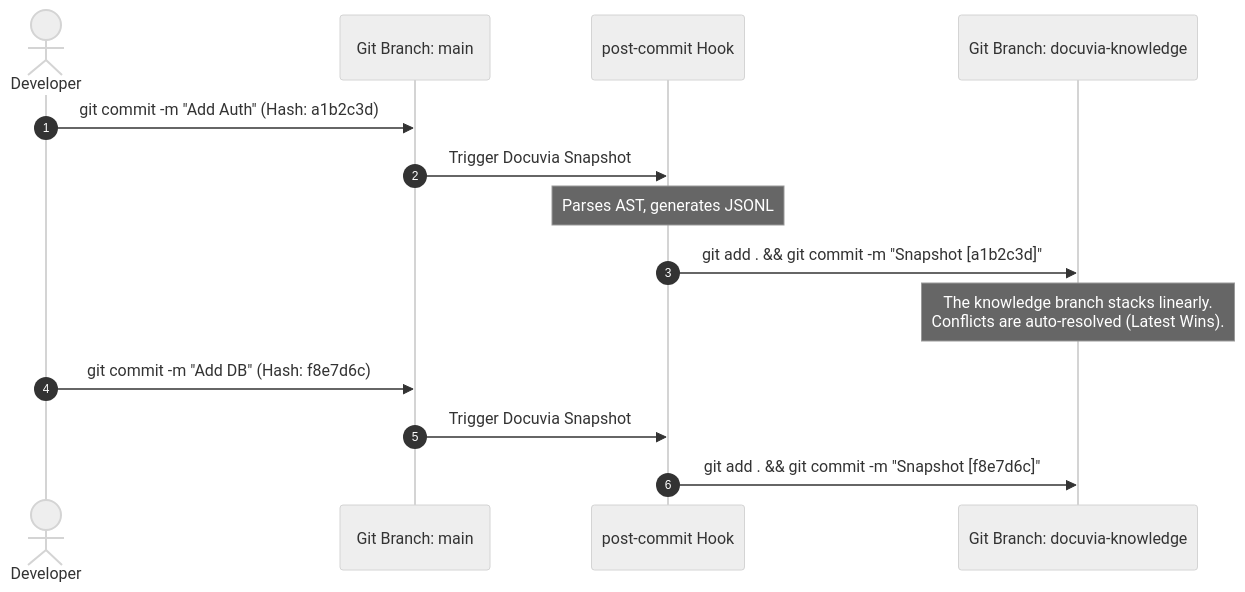
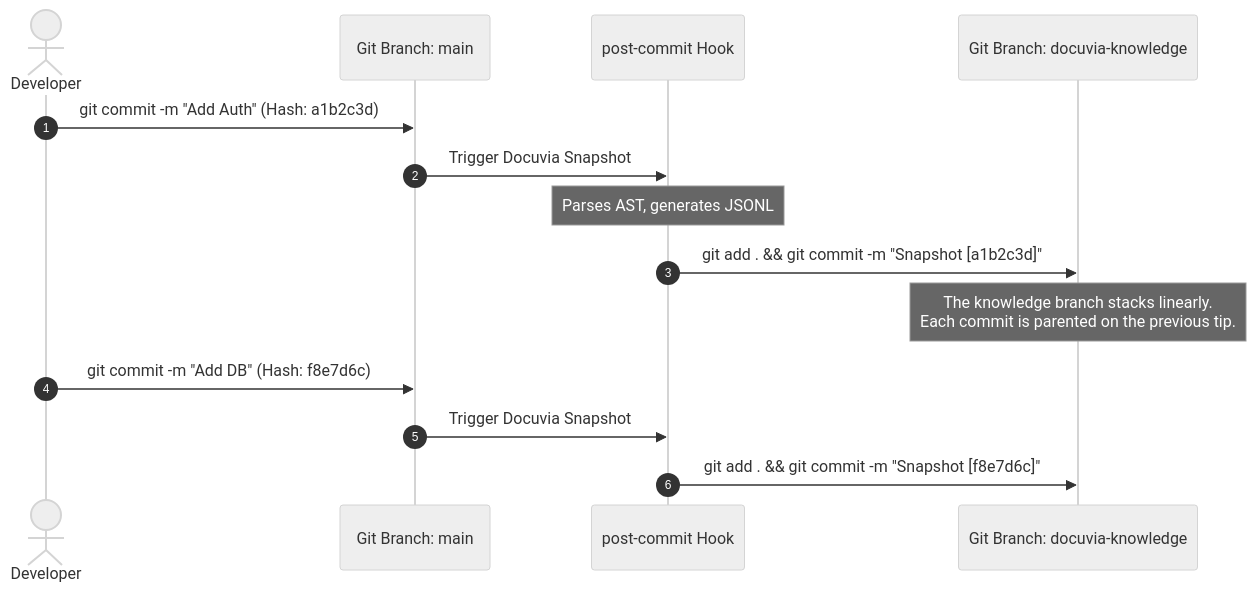
The diagram in docs/gitbook/adr/storage/STOR-001-git-branch-source-of-truth.md (dyphn1/Docuvia), drawn with Mermaid (neutral theme) before and after one commit. The commit also changed other lines of this file and 59 other files, not shown here.

````diff
--- a/docs/gitbook/adr/storage/STOR-001-git-branch-source-of-truth.md
+++ b/docs/gitbook/adr/storage/STOR-001-git-branch-source-of-truth.md
@@ -41,21 +44,21 @@
 ```mermaid
 sequenceDiagram
     autonumber
     actor Developer
     participant GitMain as Git Branch: main
     participant Hook as post-commit Hook
     participant GitKnow as Git Branch: docuvia-knowledge
 
     Developer->>GitMain: git commit -m "Add Auth" (Hash: a1b2c3d)
     GitMain->>Hook: Trigger Docuvia Snapshot
     
     Note over Hook: Parses AST, generates JSONL
     
     Hook->>GitKnow: git add . && git commit -m "Snapshot [a1b2c3d]"
     
-    Note over GitKnow: The knowledge branch stacks linearly.<br/>Conflicts are auto-resolved (Latest Wins).
+    Note over GitKnow: The knowledge branch stacks linearly.<br/>Each commit is parented on the previous tip.
     
     Developer->>GitMain: git commit -m "Add DB" (Hash: f8e7d6c)
     GitMain->>Hook: Trigger Docuvia Snapshot
     Hook->>GitKnow: git add . && git commit -m "Snapshot [f8e7d6c]"
 ```
````
